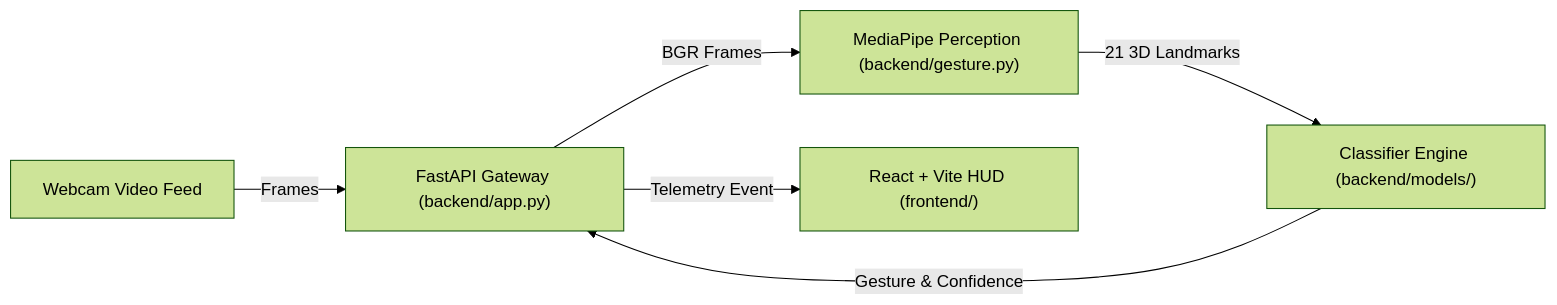
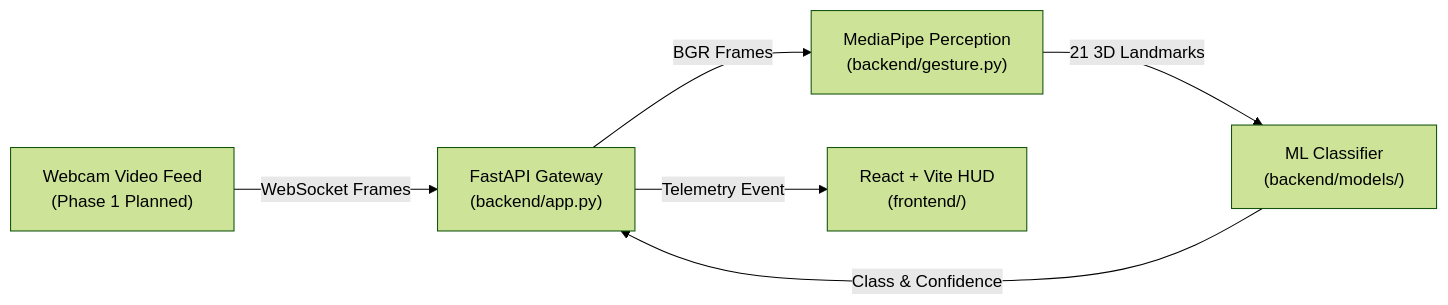
Before and after one commit to mrfrosty7007/GestureForge: the diagram in README.md, drawn with Mermaid (forest theme). The commit also changed other lines of this file and 8 other files, not shown here.

````diff
--- a/README.md
+++ b/README.md
@@ -47,8 +91,8 @@
 ```mermaid
 graph LR
-    Cam["Webcam Video Feed"] -->|Frames| Gateway["FastAPI Gateway (backend/app.py)"]
-    Gateway -->|BGR Frames| Vision["MediaPipe Perception (backend/gesture.py)"]
-    Vision -->|21 3D Landmarks| ML["Classifier Engine (backend/models/)"]
-    ML -->|Gesture & Confidence| Gateway
-    Gateway -->|Telemetry Event| HUD["React + Vite HUD (frontend/)"]
+    Cam["Webcam Video Feed<br/>(Phase 1 Planned)"] -->|WebSocket Frames| Gateway["FastAPI Gateway<br/>(backend/app.py)"]
+    Gateway -->|BGR Frames| Vision["MediaPipe Perception<br/>(backend/gesture.py)"]
+    Vision -->|21 3D Landmarks| ML["ML Classifier<br/>(backend/models/)"]
+    ML -->|Class & Confidence| Gateway
+    Gateway -->|Telemetry Event| HUD["React + Vite HUD<br/>(frontend/)"]
 ```
````
